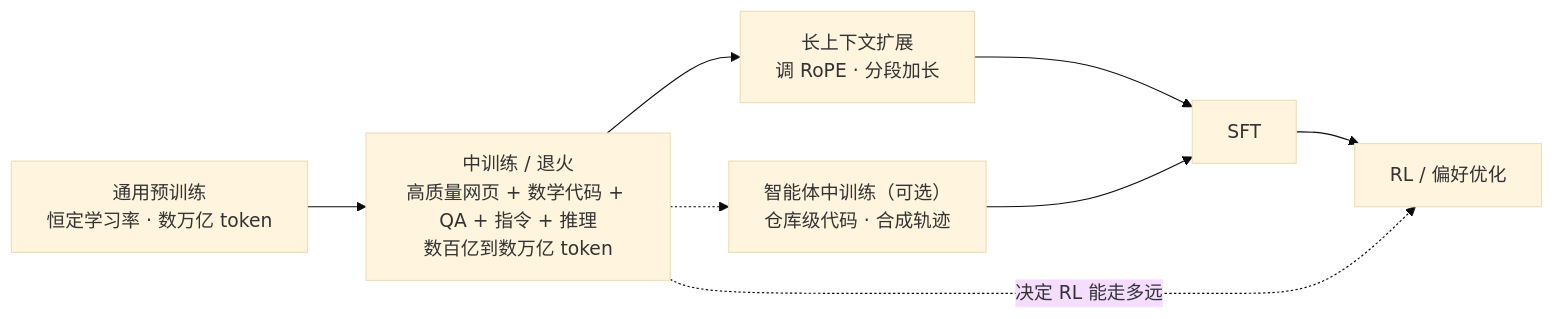
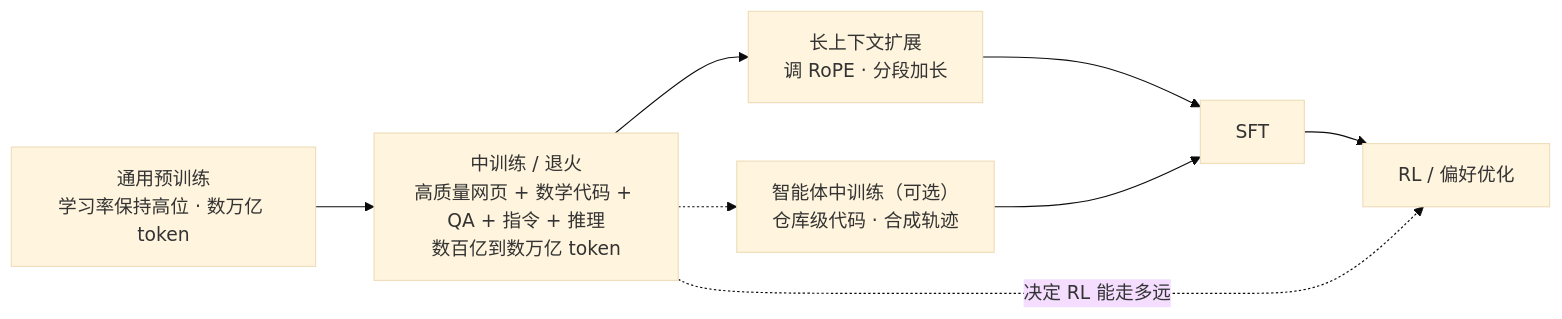
One commit to localityv-hash/flash-jax changed the first of 3 diagrams in docs/topics/mid-training.md. Above: the diagram before and after it, drawn with Mermaid (base theme). The commit also changed other lines of this file and 24 other files, not shown here.

````diff
--- a/docs/topics/mid-training.md
+++ b/docs/topics/mid-training.md
@@ -43,10 +51,10 @@
 ```mermaid 中训练在训练流水线中的位置
 flowchart LR
-  P["通用预训练<br/>恒定学习率 · 数万亿 token"] --> M["中训练 / 退火<br/>高质量网页 + 数学代码 + QA + 指令 + 推理<br/>数百亿到数万亿 token"]
+  P["通用预训练<br/>学习率保持高位 · 数万亿 token"] --> M["中训练 / 退火<br/>高质量网页 + 数学代码 + QA + 指令 + 推理<br/>数百亿到数万亿 token"]
   M --> L["长上下文扩展<br/>调 RoPE · 分段加长"]
   M -.-> A["智能体中训练（可选）<br/>仓库级代码 · 合成轨迹"]
   L --> S["SFT"]
   A --> S
   S --> R["RL / 偏好优化"]
   M -.->|"决定 RL 能走多远"| R
 ```
````
